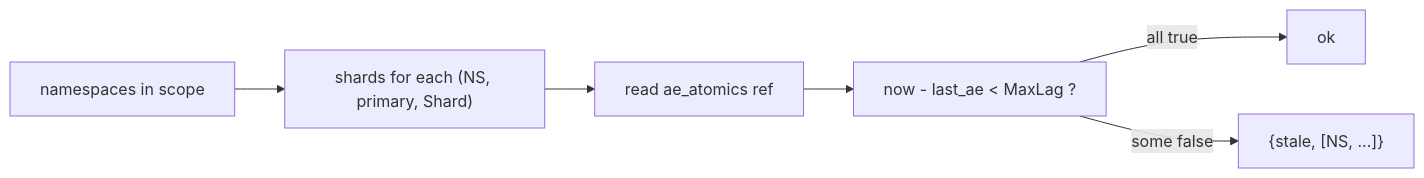
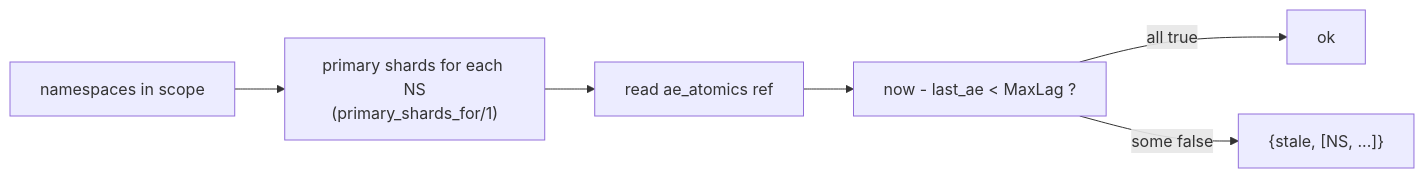
The sixth of 10 diagrams in apps/bondy_db/doc_extras/architecture/03_bondy_db.md (fer-c/bondy), drawn with Mermaid before and after one commit. The commit also changed other lines of this file and 120 other files, not shown here.

````diff
--- a/apps/bondy_db/doc_extras/architecture/03_bondy_db.md
+++ b/apps/bondy_db/doc_extras/architecture/03_bondy_db.md
@@ -203,8 +234,8 @@
 ```mermaid
 flowchart LR
-    NS[namespaces in scope] --> SHARDS["shards for each (NS, primary, Shard)"]
+    NS[namespaces in scope] --> SHARDS["primary shards for each NS<br/>(primary_shards_for/1)"]
     SHARDS --> READA["read ae_atomics ref"]
     READA --> CHECK["now - last_ae < MaxLag ?"]
     CHECK -->|all true| OK[ok]
     CHECK -->|some false| STALE["{stale, [NS, ...]}"]
 ```
````
